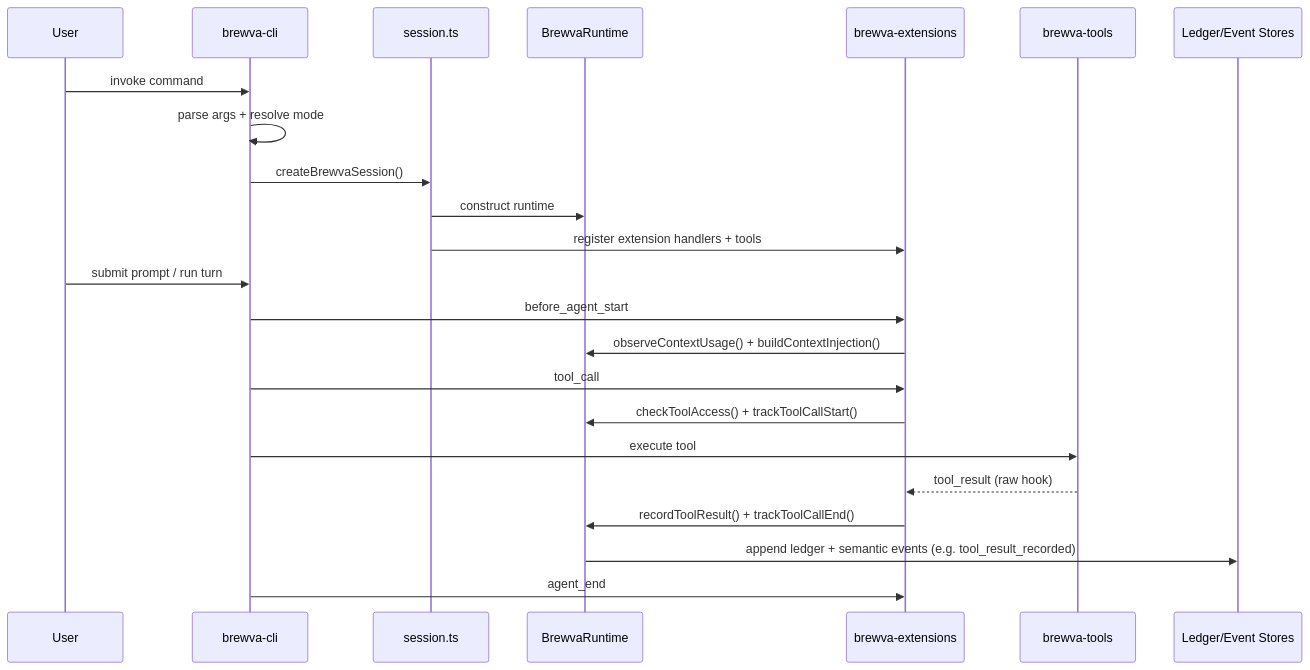
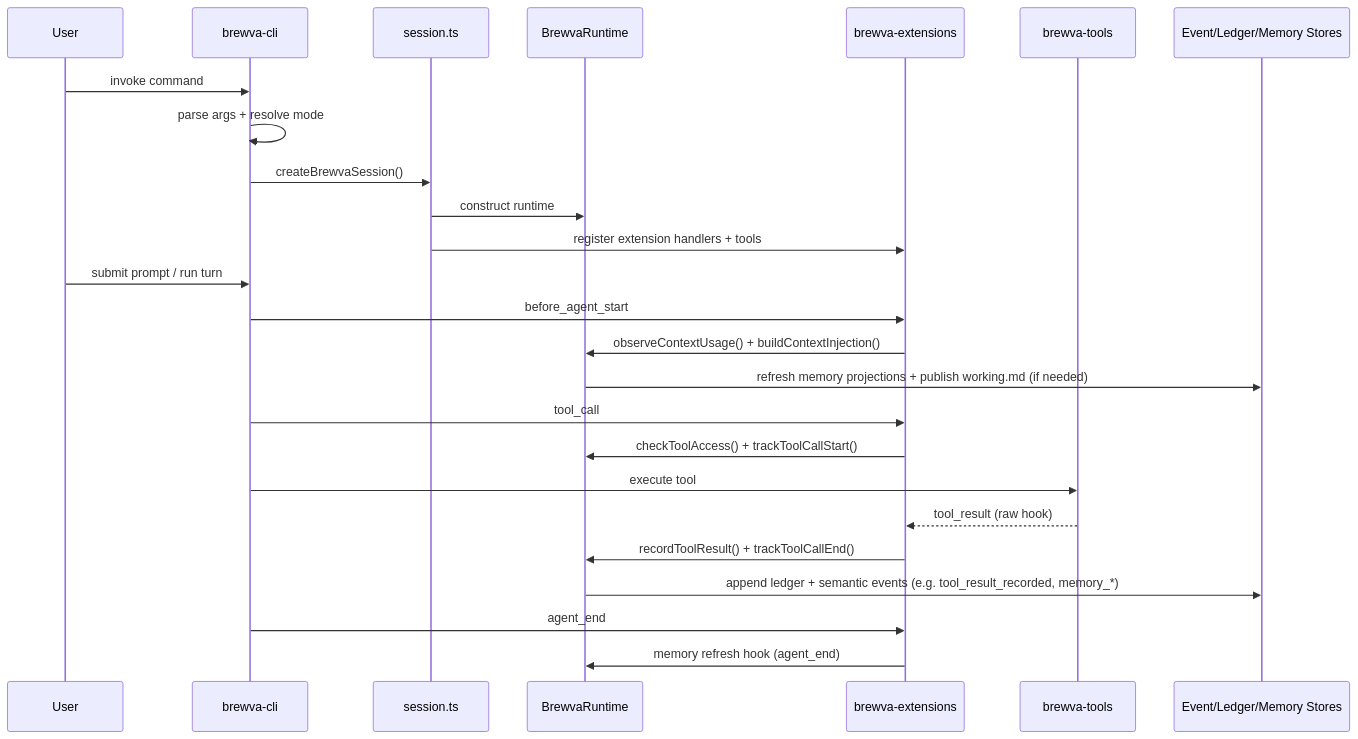
One commit to arcthur/pi-roaster changed the first of 6 diagrams in docs/architecture/control-and-data-flow.md. Above: the diagram before and after it, drawn with Mermaid. The commit also changed other lines of this file and 39 other files, not shown here.

First line of the commit message:
feat(memory): add event-driven memory projection and recall system

````diff
--- a/docs/architecture/control-and-data-flow.md
+++ b/docs/architecture/control-and-data-flow.md
@@ -8,26 +8,28 @@
 ```mermaid
 sequenceDiagram
   participant U as User
   participant CLI as brewva-cli
   participant SES as session.ts
   participant RT as BrewvaRuntime
   participant EXT as brewva-extensions
   participant TOOLS as brewva-tools
-  participant STORES as Ledger/Event Stores
+  participant STORES as Event/Ledger/Memory Stores
 
   U->>CLI: invoke command
   CLI->>CLI: parse args + resolve mode
   CLI->>SES: createBrewvaSession()
   SES->>RT: construct runtime
   SES->>EXT: register extension handlers + tools
   U->>CLI: submit prompt / run turn
   CLI->>EXT: before_agent_start
   EXT->>RT: observeContextUsage() + buildContextInjection()
+  RT->>STORES: refresh memory projections + publish working.md (if needed)
   CLI->>EXT: tool_call
   EXT->>RT: checkToolAccess() + trackToolCallStart()
   CLI->>TOOLS: execute tool
   TOOLS-->>EXT: tool_result (raw hook)
   EXT->>RT: recordToolResult() + trackToolCallEnd()
-  RT->>STORES: append ledger + semantic events (e.g. tool_result_recorded)
+  RT->>STORES: append ledger + semantic events (e.g. tool_result_recorded, memory_*)
   CLI->>EXT: agent_end
+  EXT->>RT: memory refresh hook (agent_end)
 ```
````
